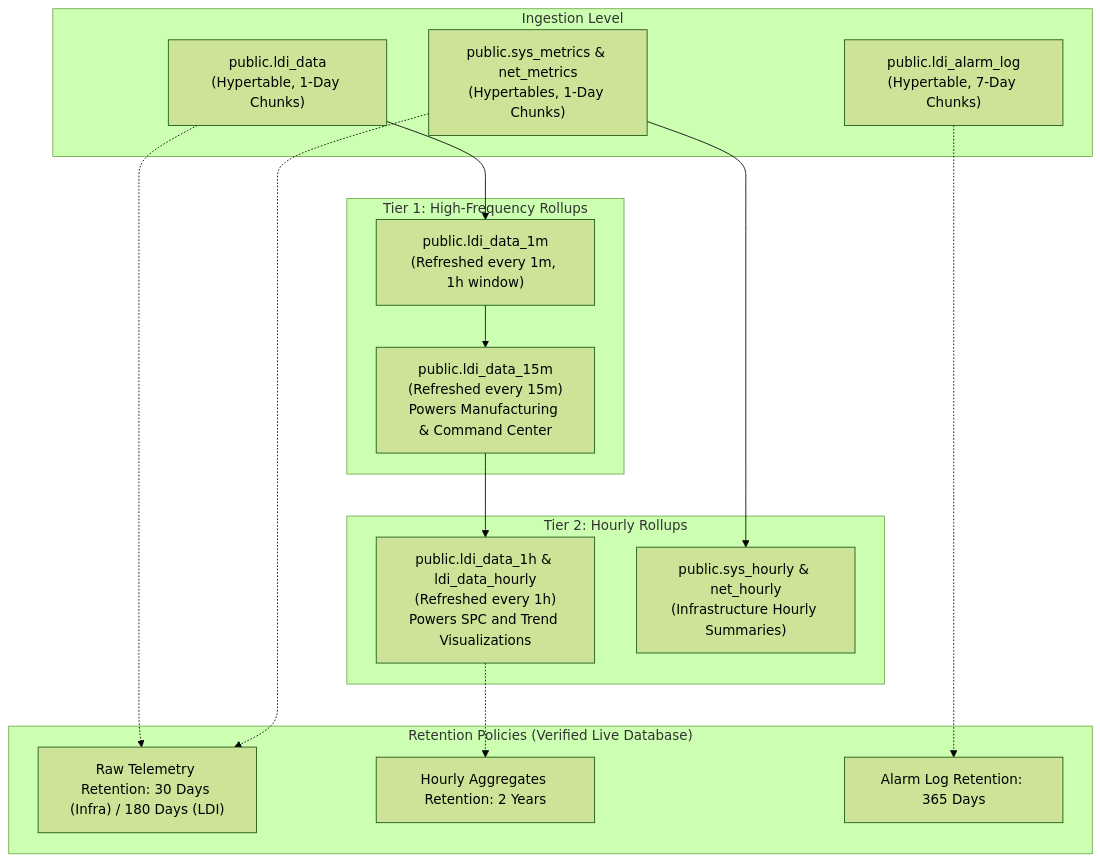
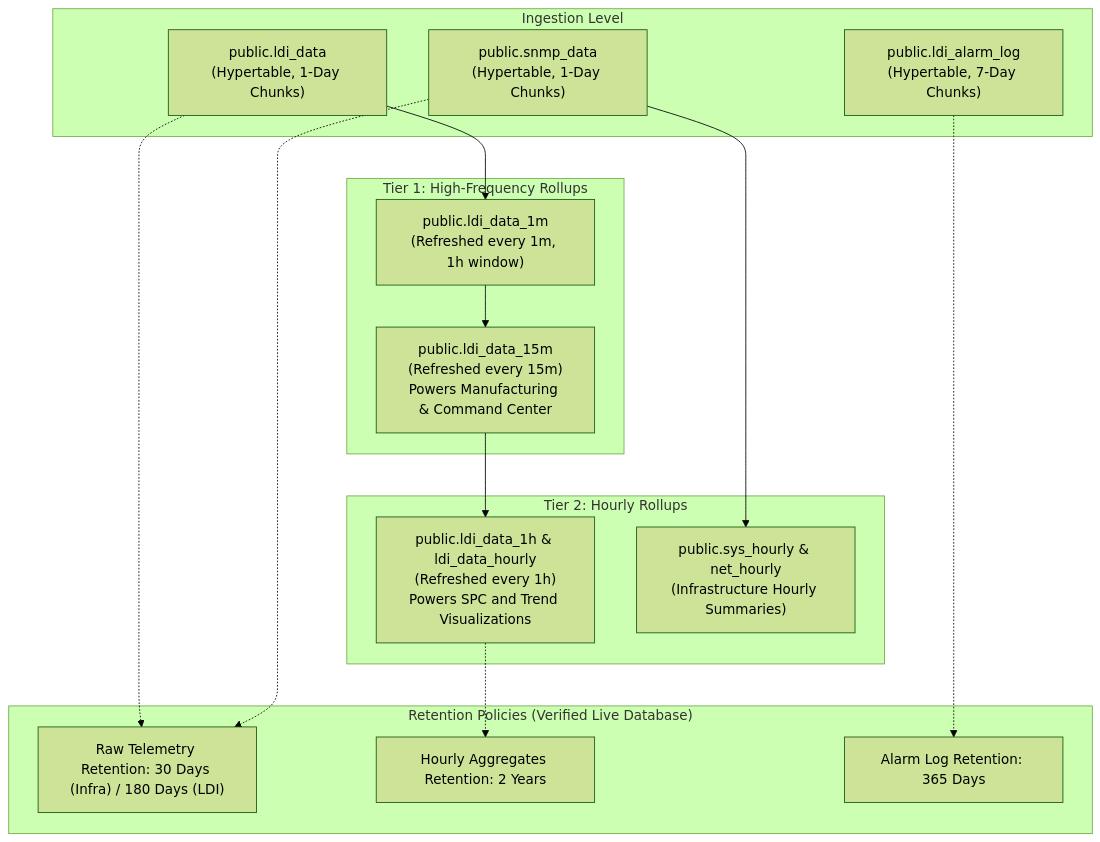
Before and after one commit to PATTANAKORN025/IMS: the seventh of 8 diagrams in docs/architecture/ARCHITECTURE_DIAGRAM.md, drawn with Mermaid (forest theme). The commit also changed other lines of this file and 36 other files, not shown here.

First line of the commit message:
fix(docs): reconcile 115 mermaid diagrams with architecture across 3 languages

````diff
--- a/docs/architecture/ARCHITECTURE_DIAGRAM.md
+++ b/docs/architecture/ARCHITECTURE_DIAGRAM.md
@@ -315,32 +344,32 @@
 ```mermaid
 flowchart TD
   subgraph Ingestion ["Ingestion Level"]
     RAW_LDI["public.ldi_data\n(Hypertable, 1-Day Chunks)"]
-    RAW_INFRA["public.sys_metrics & net_metrics\n(Hypertables, 1-Day Chunks)"]
+    RAW_INFRA["public.snmp_data\n(Hypertable, 1-Day Chunks)"]
     RAW_ALARM["public.ldi_alarm_log\n(Hypertable, 7-Day Chunks)"]
   end
 
   subgraph CAGG_Tier1 ["Tier 1: High-Frequency Rollups"]
     CAGG_1M["public.ldi_data_1m\n(Refreshed every 1m, 1h window)"]
     CAGG_15M["public.ldi_data_15m\n(Refreshed every 15m)\nPowers Manufacturing & Command Center"]
   end
 
   subgraph CAGG_Tier2 ["Tier 2: Hourly Rollups"]
     CAGG_1H["public.ldi_data_1h & ldi_data_hourly\n(Refreshed every 1h)\nPowers SPC and Trend Visualizations"]
     INFRA_HOURLY["public.sys_hourly & net_hourly\n(Infrastructure Hourly Summaries)"]
   end
 
   subgraph Retention ["Retention Policies (Verified Live Database)"]
     RET_RAW["Raw Telemetry Retention: 30 Days (Infra) / 180 Days (LDI)"]
     RET_HOURLY["Hourly Aggregates Retention: 2 Years"]
     RET_ALARM["Alarm Log Retention: 365 Days"]
   end
 
   RAW_LDI --> CAGG_1M --> CAGG_15M --> CAGG_1H
   RAW_INFRA --> INFRA_HOURLY
 
   RAW_LDI -.-> RET_RAW
   RAW_INFRA -.-> RET_RAW
   RAW_ALARM -.-> RET_ALARM
   CAGG_1H -.-> RET_HOURLY
 ```
````
